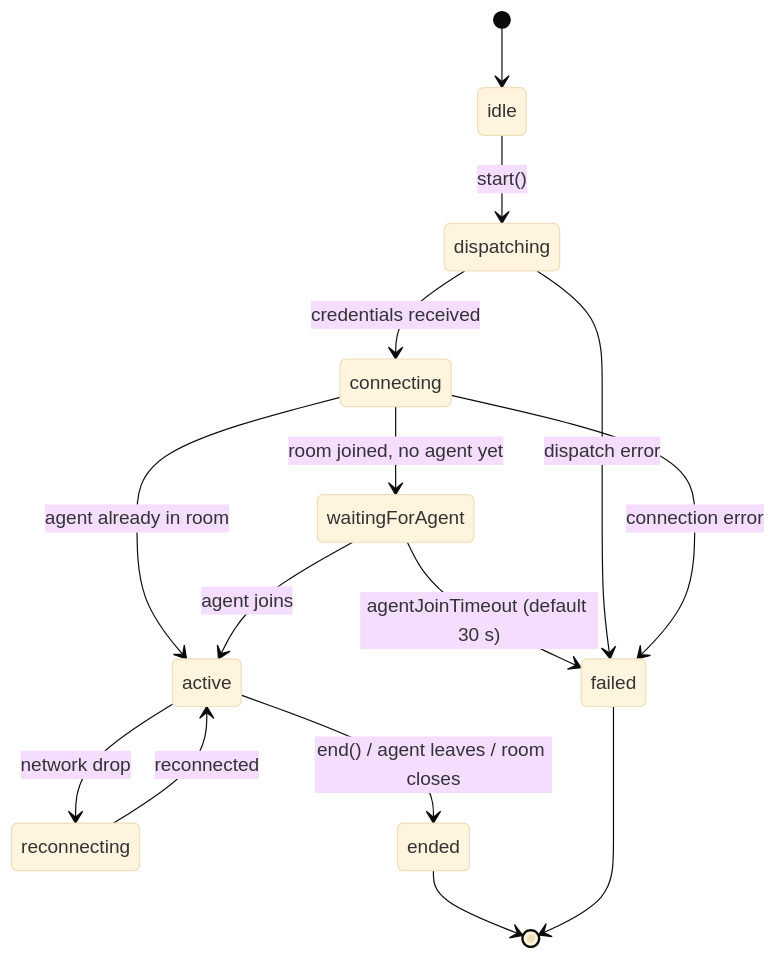
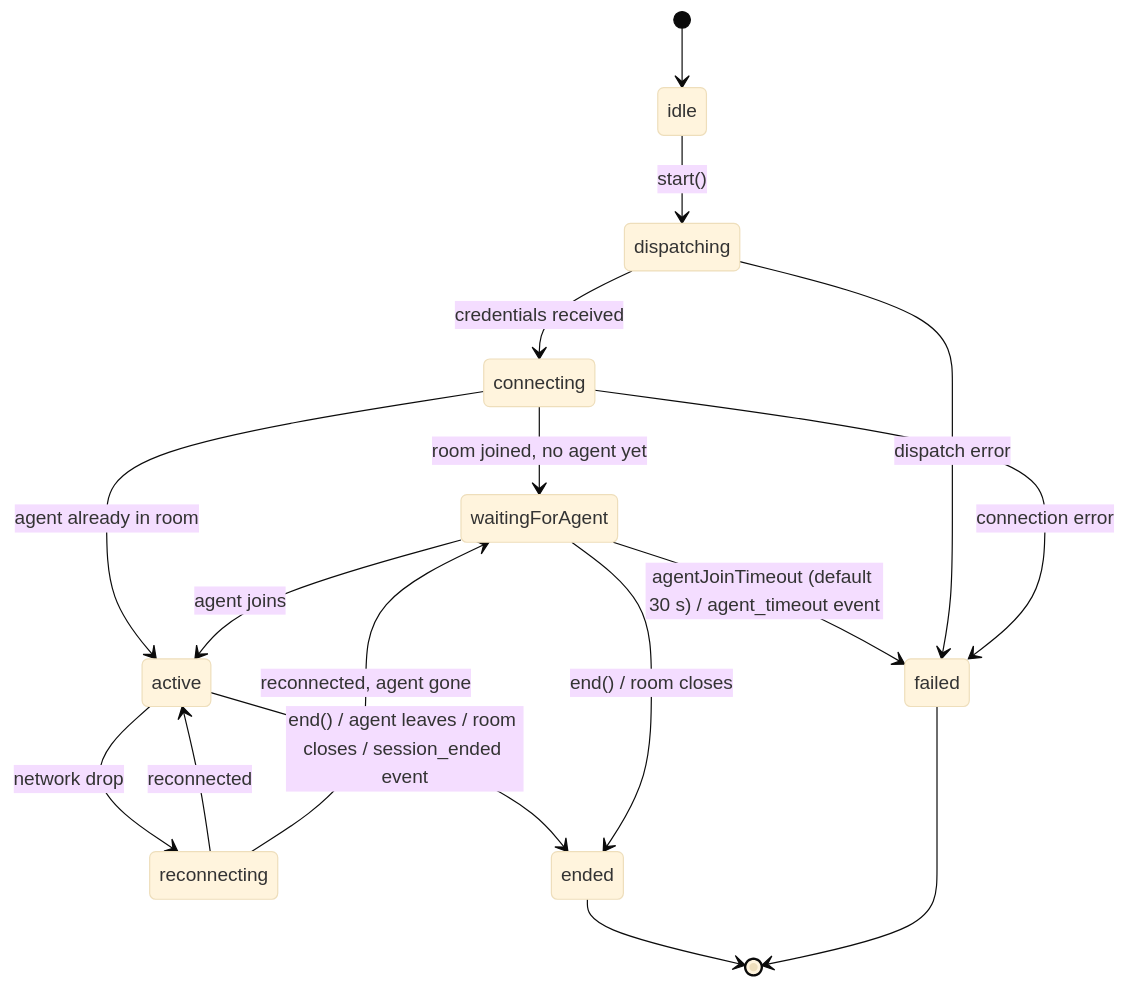
Before and after one commit to VaaniResearchLab/vaani-flutter-sdk: the third of 3 diagrams in docs/architecture.md, drawn with Mermaid (base theme). The commit also changed other lines of this file and 10 other files, not shown here.

````diff
--- a/docs/architecture.md
+++ b/docs/architecture.md
@@ -70,17 +68,19 @@
 ```mermaid
 stateDiagram-v2
   [*] --> idle
   idle --> dispatching: start()
   dispatching --> connecting: credentials received
   connecting --> waitingForAgent: room joined, no agent yet
   connecting --> active: agent already in room
   waitingForAgent --> active: agent joins
   active --> reconnecting: network drop
   reconnecting --> active: reconnected
-  active --> ended: end() / agent leaves / room closes
-  waitingForAgent --> failed: agentJoinTimeout (default 30 s)
+  active --> ended: end() / agent leaves / room closes / session_ended event
+  waitingForAgent --> failed: agentJoinTimeout (default 30 s) / agent_timeout event
+  reconnecting --> waitingForAgent: reconnected, agent gone
+  waitingForAgent --> ended: end() / room closes
   dispatching --> failed: dispatch error
   connecting --> failed: connection error
   ended --> [*]
   failed --> [*]
 ```
````
